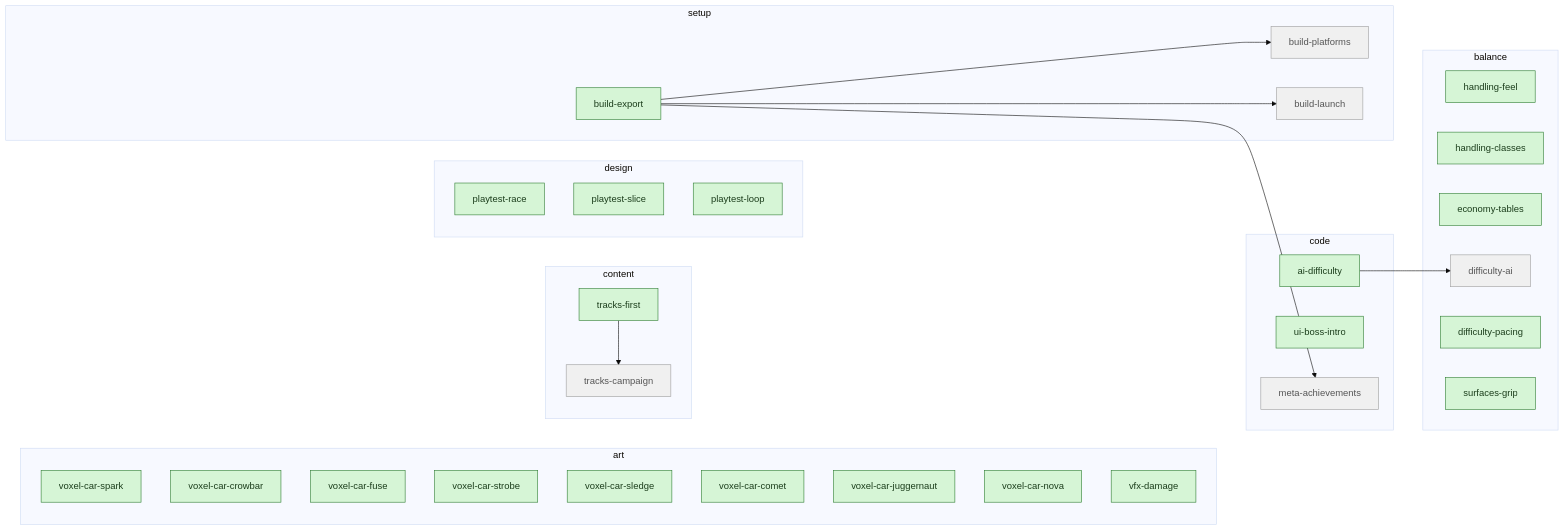
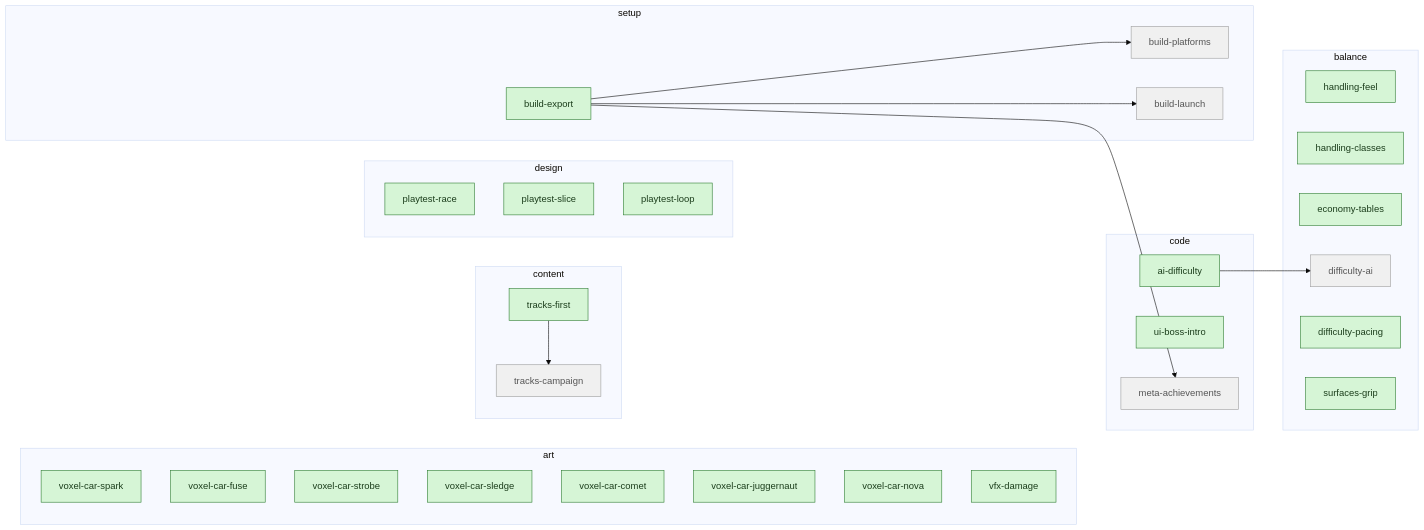
Before and after one commit to artemiiShabanov/RallyRivals: the third of 3 diagrams in STATUS.md, drawn with Mermaid (base theme). The commit also changed other lines of this file and 1 other file, not shown here.

First line of the commit message:
Tasks: close art-voxel-car-crowbar

````diff
--- a/STATUS.md
+++ b/STATUS.md
@@ -97,50 +96,49 @@
 ```mermaid
 flowchart LR
   subgraph code
     code_ai_difficulty["ai-difficulty"]
     code_ui_boss_intro["ui-boss-intro"]
     code_meta_achievements["meta-achievements"]
   end
   subgraph art
     art_voxel_car_spark["voxel-car-spark"]
-    art_voxel_car_crowbar["voxel-car-crowbar"]
     art_voxel_car_fuse["voxel-car-fuse"]
     art_voxel_car_strobe["voxel-car-strobe"]
     art_voxel_car_sledge["voxel-car-sledge"]
     art_voxel_car_comet["voxel-car-comet"]
     art_voxel_car_juggernaut["voxel-car-juggernaut"]
     art_voxel_car_nova["voxel-car-nova"]
     art_vfx_damage["vfx-damage"]
   end
   subgraph content
     content_tracks_first["tracks-first"]
     content_tracks_campaign["tracks-campaign"]
   end
   subgraph balance
     balance_handling_feel["handling-feel"]
     balance_handling_classes["handling-classes"]
     balance_economy_tables["economy-tables"]
     balance_difficulty_ai["difficulty-ai"]
     balance_difficulty_pacing["difficulty-pacing"]
     balance_surfaces_grip["surfaces-grip"]
   end
   subgraph design
     design_playtest_race["playtest-race"]
     design_playtest_slice["playtest-slice"]
     design_playtest_loop["playtest-loop"]
   end
   subgraph setup
     setup_build_export["build-export"]
     setup_build_platforms["build-platforms"]
     setup_build_launch["build-launch"]
   end
   setup_build_export --> code_meta_achievements
   content_tracks_first --> content_tracks_campaign
   code_ai_difficulty --> balance_difficulty_ai
   setup_build_export --> setup_build_platforms
   setup_build_export --> setup_build_launch
   classDef avail fill:#d6f5d6,stroke:#2e7d32,color:#1b3d1b;
   classDef blocked fill:#f0f0f0,stroke:#9e9e9e,color:#555;
-  class code_ai_difficulty,code_ui_boss_intro,content_tracks_first,art_voxel_car_spark,art_voxel_car_crowbar,art_voxel_car_fuse,art_voxel_car_strobe,art_voxel_car_sledge,art_voxel_car_comet,art_voxel_car_juggernaut,art_voxel_car_nova,art_vfx_damage,balance_handling_feel,balance_handling_classes,balance_economy_tables,balance_difficulty_pacing,balance_surfaces_grip,design_playtest_race,design_playtest_slice,design_playtest_loop,setup_build_export avail;
+  class code_ai_difficulty,code_ui_boss_intro,content_tracks_first,art_voxel_car_spark,art_voxel_car_fuse,art_voxel_car_strobe,art_voxel_car_sledge,art_voxel_car_comet,art_voxel_car_juggernaut,art_voxel_car_nova,art_vfx_damage,balance_handling_feel,balance_handling_classes,balance_economy_tables,balance_difficulty_pacing,balance_surfaces_grip,design_playtest_race,design_playtest_slice,design_playtest_loop,setup_build_export avail;
   class code_meta_achievements,content_tracks_campaign,balance_difficulty_ai,setup_build_platforms,setup_build_launch blocked;
 ```
````
